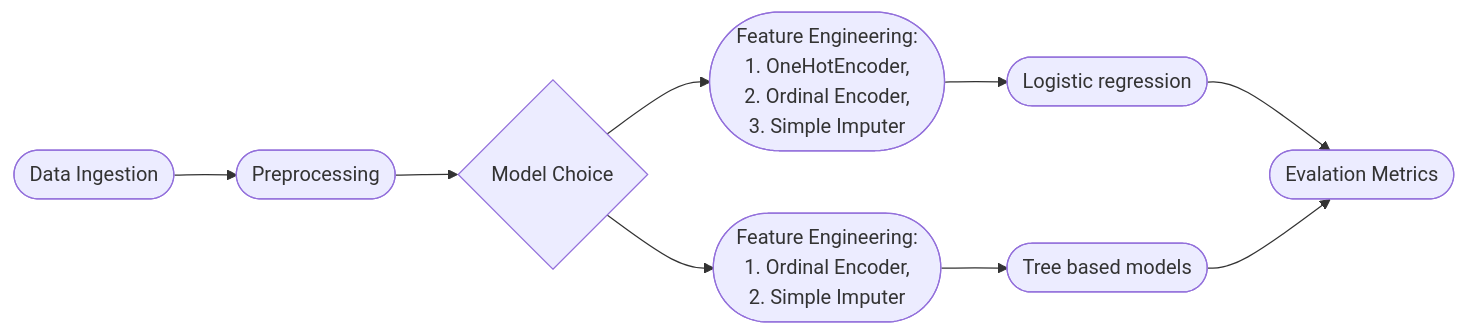
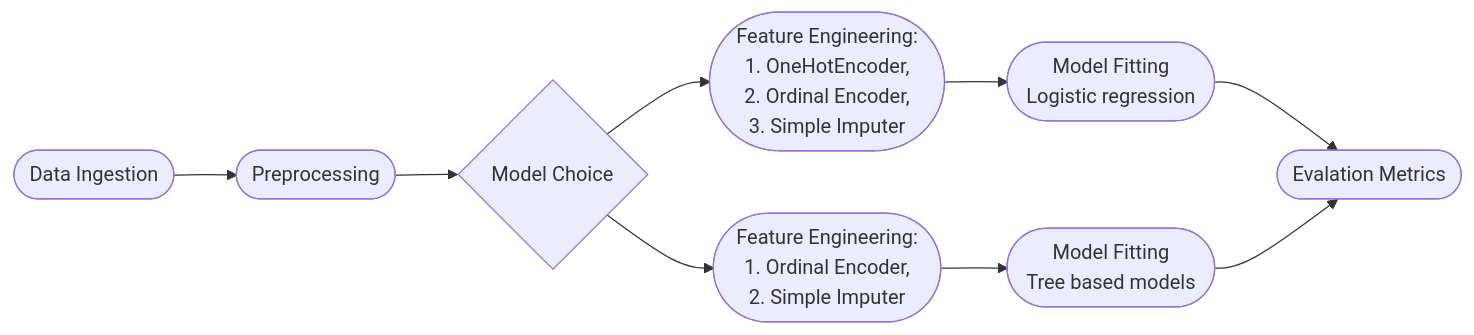
One commit to marmal88/Hotel-Bookings changed the diagram in README.md. Above: the diagram before and after it, drawn with Mermaid. The commit also changed other lines of this file, not shown here.

````diff
--- a/README.md
+++ b/README.md
@@ -94,13 +105,13 @@
 ```mermaid
 graph LR;
     Y([Data Ingestion])-->A
     A([Preprocessing])-->B;
 
     B{Model Choice}-->C
     C([Feature Engineering:</br> 1. OneHotEncoder,</br> 2. Ordinal Encoder,</br> 3. Simple Imputer</br>])-->D;
-    D([Logistic regression])-->E([Evalation Metrics]);
+    D([Model Fitting</br>Logistic regression])-->E([Evalation Metrics]);
 
     B-->F([Feature Engineering:</br> 1. Ordinal Encoder,</br> 2. Simple Imputer])
-    F-->G([Tree based models])
+    F-->G([Model Fitting</br>Tree based models])
     G-->E
 ```
````
